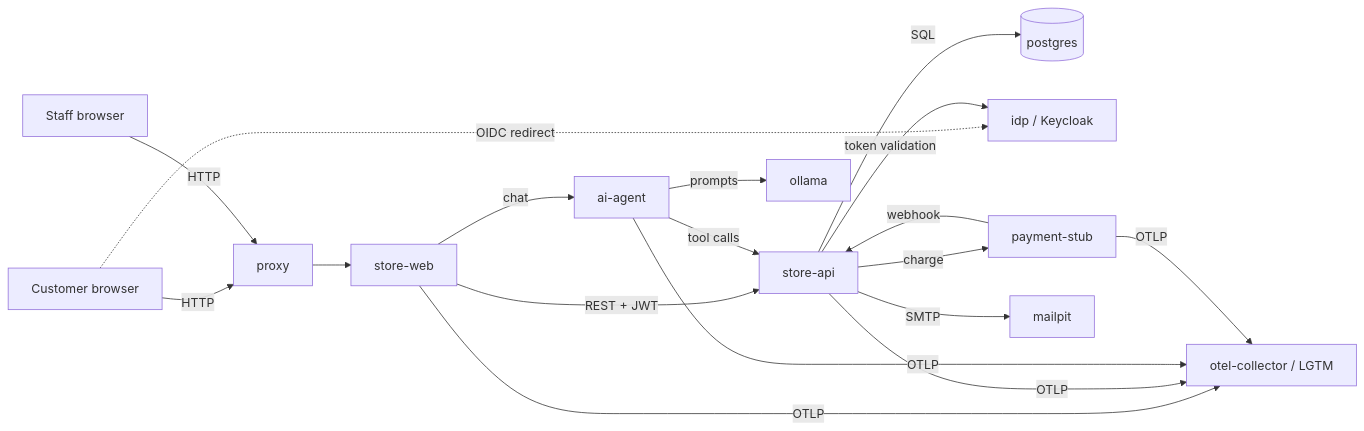
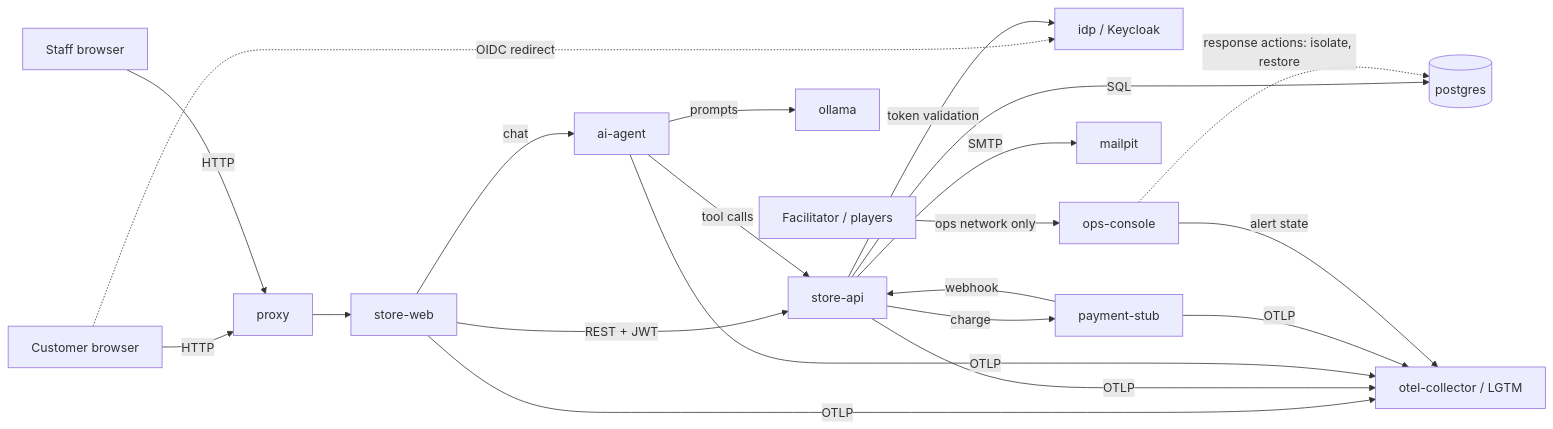
The diagram in docs/architecture.md (Qisuk/cyber_ducks), drawn with Mermaid before and after one commit. The commit also changed other lines of this file and 2 other files, not shown here.

First line of the commit message:
Add hybrid wargame design and Ops Console (ADR-0008)

````diff
--- a/docs/architecture.md
+++ b/docs/architecture.md
@@ -25,17 +29,20 @@
 ```mermaid
 flowchart LR
     U[Customer browser] -->|HTTP| P[proxy]
     S[Staff browser] -->|HTTP| P
     P --> W[store-web]
     W -->|REST + JWT| A[store-api]
     W -->|chat| G[ai-agent]
     G -->|tool calls| A
     G -->|prompts| O[ollama]
     A -->|SQL| D[(postgres)]
     U -.->|OIDC redirect| I[idp / Keycloak]
     A -->|token validation| I
     A -->|charge| PS[payment-stub]
     PS -->|webhook| A
     A -->|SMTP| M[mailpit]
     W & A & G & PS -->|OTLP| T[otel-collector / LGTM]
+    F[Facilitator / players] -->|ops network only| C[ops-console]
+    C -->|alert state| T
+    C -.->|response actions: isolate, restore| D
 ```
````
